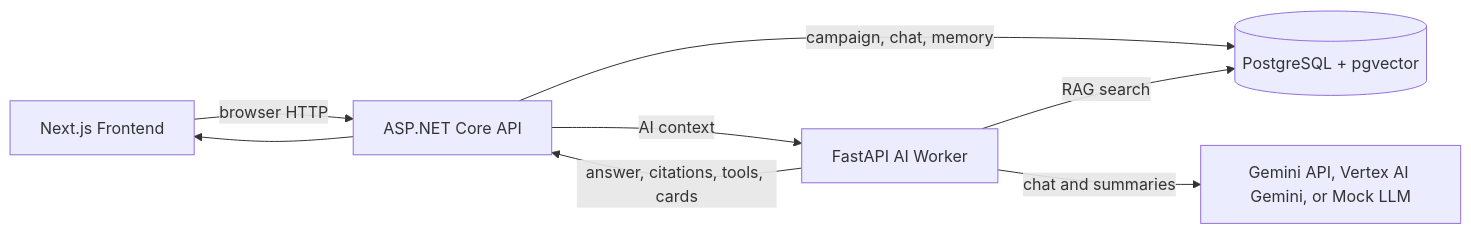
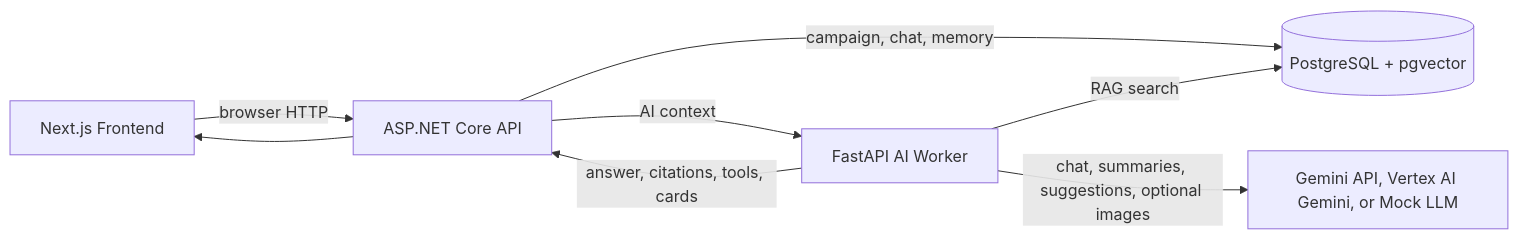
One commit to revanza-git/dndmind changed the diagram in README.md. Above: the diagram before and after it, drawn with Mermaid. The commit also changed other lines of this file and 26 other files, not shown here.

Commit message:
Add prompt suggestions and card images

````diff
--- a/README.md
+++ b/README.md
@@ -17,16 +17,16 @@
 ```mermaid
 flowchart LR
   Web[Next.js Frontend]
   API[ASP.NET Core API]
   Worker[FastAPI AI Worker]
   DB[(PostgreSQL + pgvector)]
   Model[Gemini API, Vertex AI Gemini, or Mock LLM]
 
   Web -->|browser HTTP| API
   API -->|campaign, chat, memory| DB
   API -->|AI context| Worker
   Worker -->|RAG search| DB
-  Worker -->|chat and summaries| Model
+  Worker -->|chat, summaries, suggestions, optional images| Model
   Worker -->|answer, citations, tools, cards| API
   API --> Web
 ```
````
